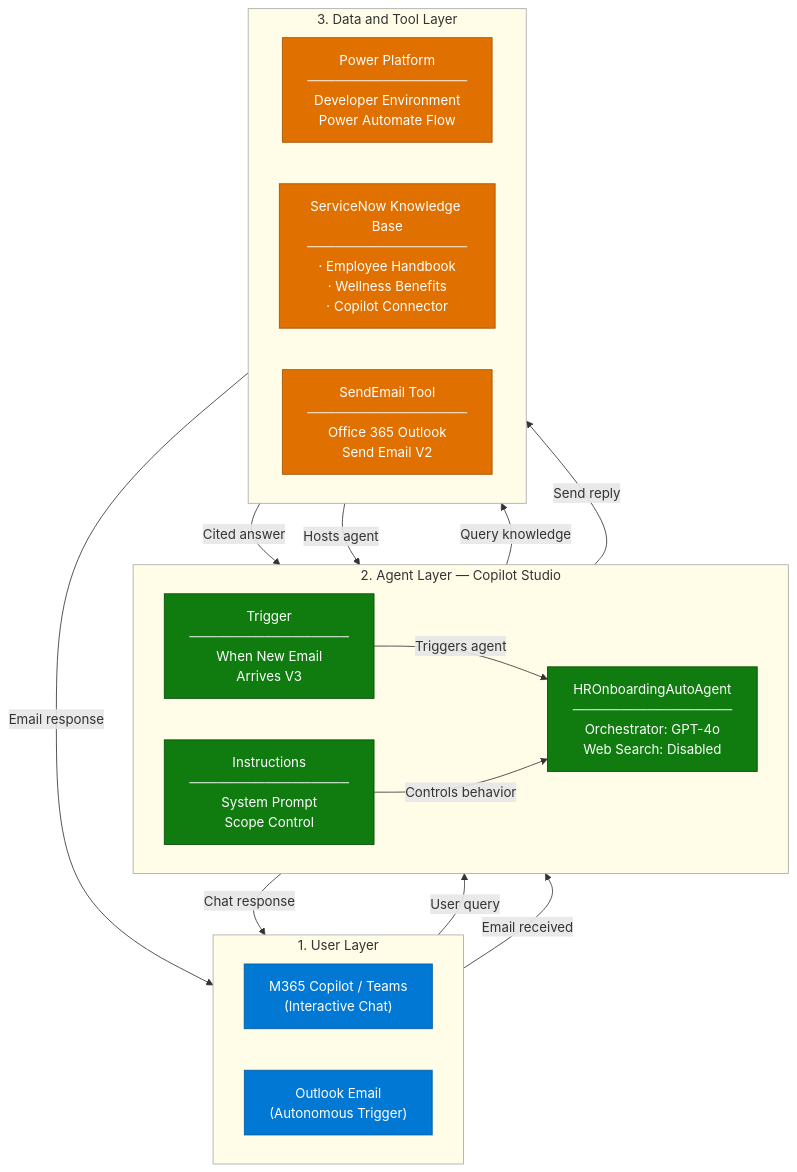
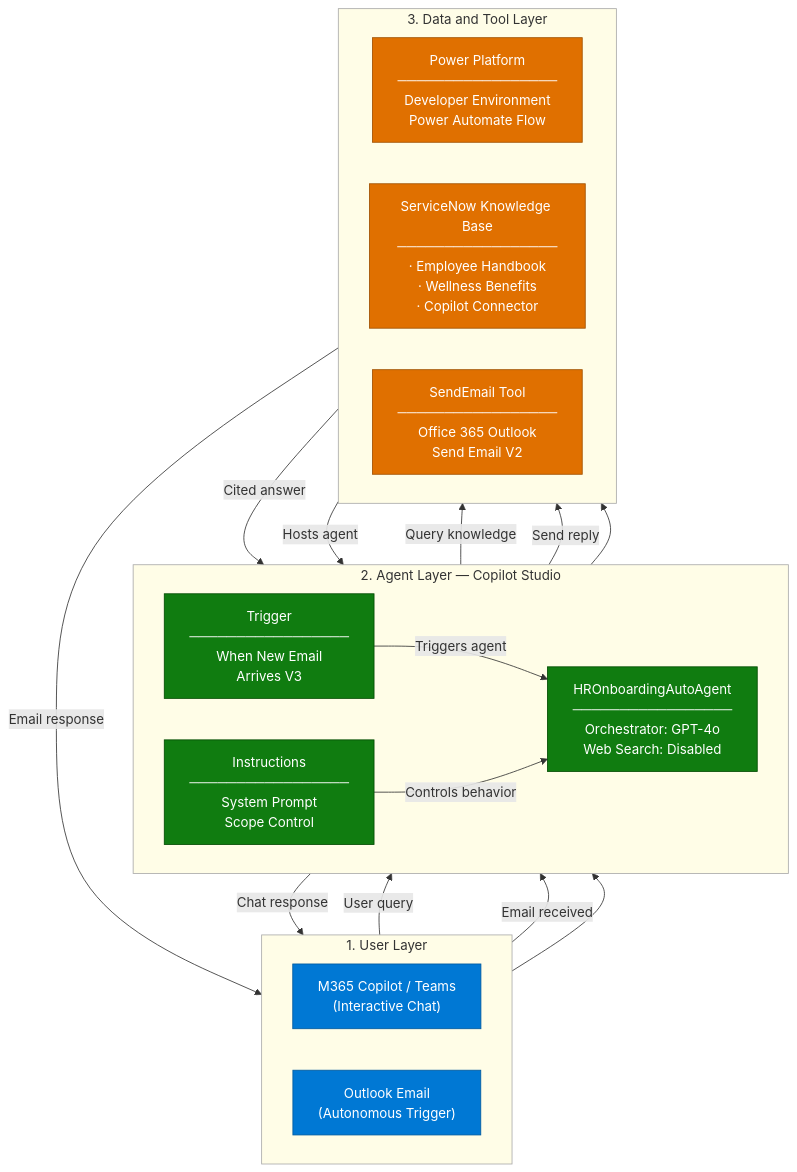
One commit to Seungjin-Ryu/Cloud-Accelerate-Factory-for-Agents-Runbooks changed the first of 3 diagrams in 02-scenarios/HR-Onboarding-Agent/2. Architecture.md. Above: the diagram before and after it, drawn with Mermaid.

Commit message:
Update 2. Architecture.md

````diff
--- a/02-scenarios/HR-Onboarding-Agent/2. Architecture.md
+++ b/02-scenarios/HR-Onboarding-Agent/2. Architecture.md
@@ -11,45 +11,48 @@
 ```mermaid
 flowchart TB
     subgraph USER["1. User Layer"]
         direction LR
         U1["M365 Copilot / Teams<br/>(Interactive Chat)"]
         U2["Outlook Email<br/>(Autonomous Trigger)"]
     end
 
     subgraph AGENT["2. Agent Layer — Copilot Studio"]
         direction LR
         IN["Instructions<br/>─────────────────<br/>System Prompt<br/>Scope Control"]
         AG["HROnboardingAutoAgent<br/>─────────────────<br/>Orchestrator: GPT-4o<br/>Web Search: Disabled"]
         TR["Trigger<br/>─────────────────<br/>When New Email<br/>Arrives V3"]
     end
 
     subgraph DATA["3. Data and Tool Layer"]
         direction LR
         PP["Power Platform<br/>─────────────────<br/>Developer Environment<br/>Power Automate Flow"]
         KB["ServiceNow Knowledge Base<br/>─────────────────<br/>· Employee Handbook<br/>· Wellness Benefits<br/>· Copilot Connector"]
         TL["SendEmail Tool<br/>─────────────────<br/>Office 365 Outlook<br/>Send Email V2"]
     end
 
+    USER --> AGENT
+    AGENT --> DATA
+
     U1 -->|"User query"| AG
-    AG -->|"Chat response"| U1
     U2 -->|"Email received"| TR
     TR -->|"Triggers agent"| AG
     IN -->|"Controls behavior"| AG
     AG -->|"Query knowledge"| KB
     KB -->|"Cited answer"| AG
     AG -->|"Send reply"| TL
     TL -->|"Email response"| U2
+    AG -->|"Chat response"| U1
     PP -->|"Hosts agent"| AG
 
     style U1 fill:#0078D4,color:#fff,stroke:#005A9E
     style U2 fill:#0078D4,color:#fff,stroke:#005A9E
     style AG fill:#107C10,color:#fff,stroke:#004B00
     style TR fill:#107C10,color:#fff,stroke:#004B00
     style IN fill:#107C10,color:#fff,stroke:#004B00
     style KB fill:#E07000,color:#fff,stroke:#A05000
     style TL fill:#E07000,color:#fff,stroke:#A05000
     style PP fill:#E07000,color:#fff,stroke:#A05000
     style USER fill:#fffde7,stroke:#aaa
     style AGENT fill:#fffde7,stroke:#aaa
     style DATA fill:#fffde7,stroke:#aaa
 ```
````
